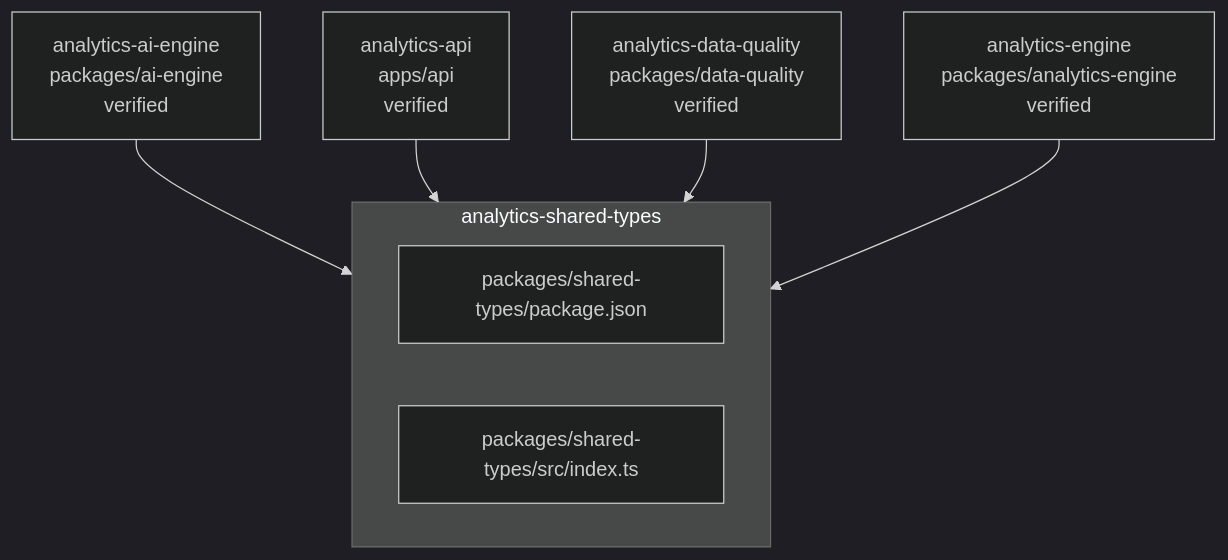
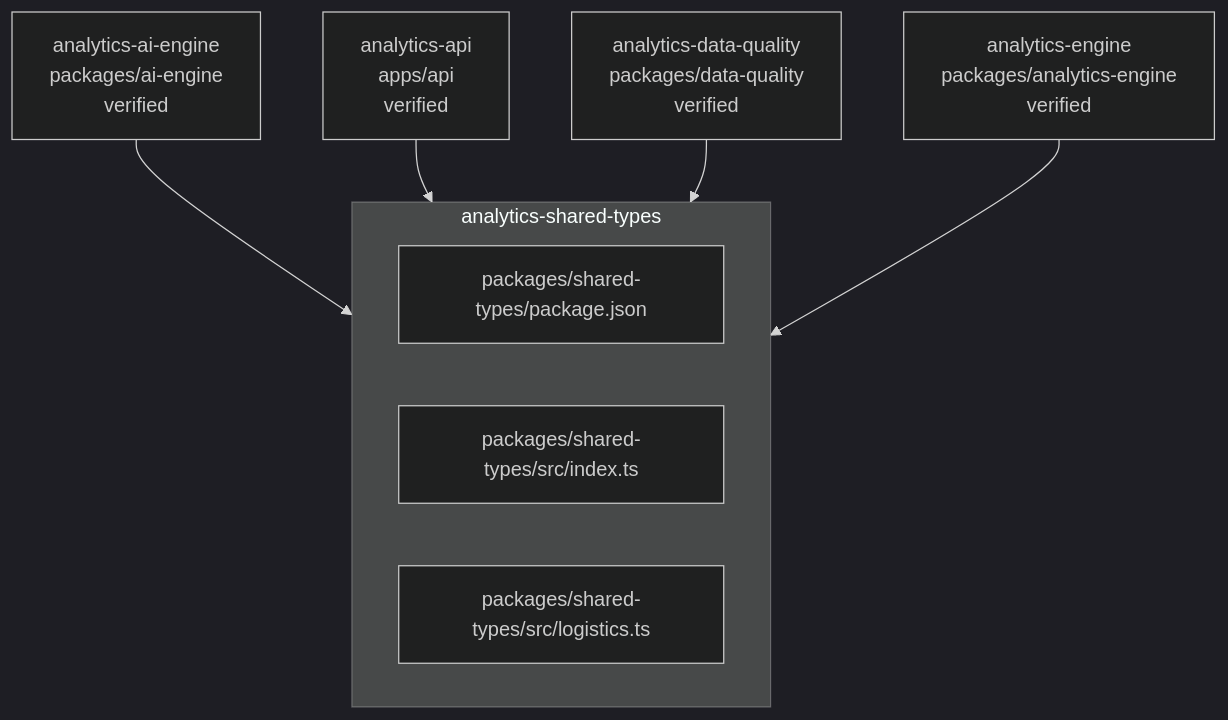
The diagram in .ai/diagrams/component-analytics-shared-types.md (Islamce/kynox-inventory-analytics), drawn with Mermaid (dark theme) before and after one commit. The commit also changed other lines of this file and 17 other files, not shown here.

````diff
--- a/.ai/diagrams/component-analytics-shared-types.md
+++ b/.ai/diagrams/component-analytics-shared-types.md
@@ -7,15 +7,16 @@
 ```mermaid
 graph TB
   subgraph analytics_shared_types_box["analytics-shared-types"]
     ep_packages_shared_types_package_json["packages/shared-types/package.json"]
     ep_packages_shared_types_src_index_ts["packages/shared-types/src/index.ts"]
+    ep_packages_shared_types_src_logistics_ts["packages/shared-types/src/logistics.ts"]
   end
   analytics_ai_engine["analytics-ai-engine<br/>packages/ai-engine<br/>verified"]
   analytics_ai_engine --> analytics_shared_types_box
   analytics_api["analytics-api<br/>apps/api<br/>verified"]
   analytics_api --> analytics_shared_types_box
   analytics_data_quality["analytics-data-quality<br/>packages/data-quality<br/>verified"]
   analytics_data_quality --> analytics_shared_types_box
   analytics_engine["analytics-engine<br/>packages/analytics-engine<br/>verified"]
   analytics_engine --> analytics_shared_types_box
 ```
````
